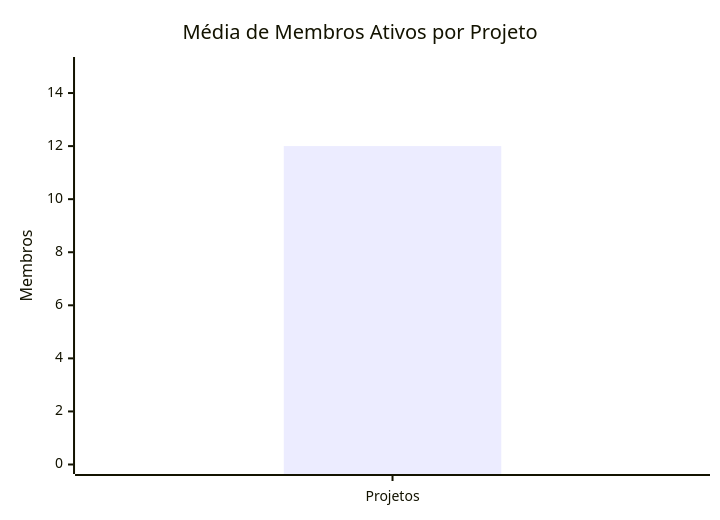
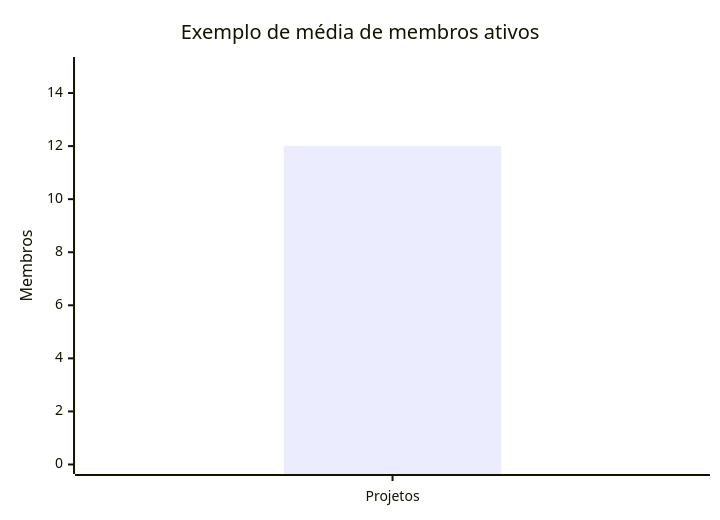
The second of 6 diagrams in docs/performance-indicators.md (Ennzzo/acadus), drawn with Mermaid before and after one commit. The commit also changed other lines of this file and 16 other files, not shown here.

````diff
--- a/docs/performance-indicators.md
+++ b/docs/performance-indicators.md
@@ -41,7 +70,7 @@
 ```mermaid
 xychart-beta
-    title "Média de Membros Ativos por Projeto"
+    title "Exemplo de média de membros ativos"
     x-axis ["Projetos"]
     y-axis "Membros" 0 --> 15
     bar [12]
 ```
````
